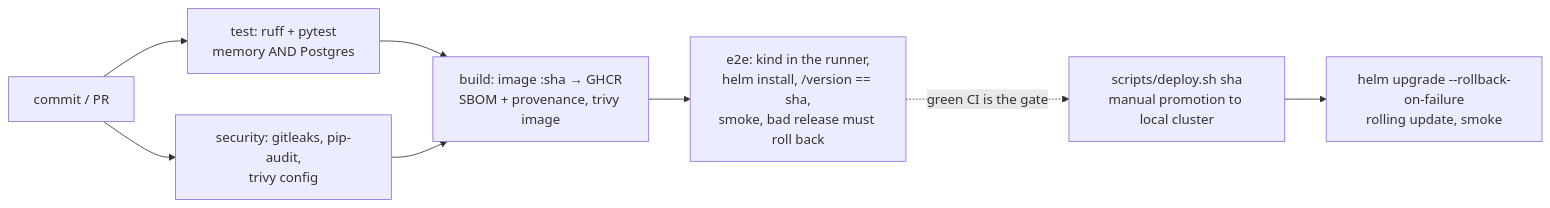
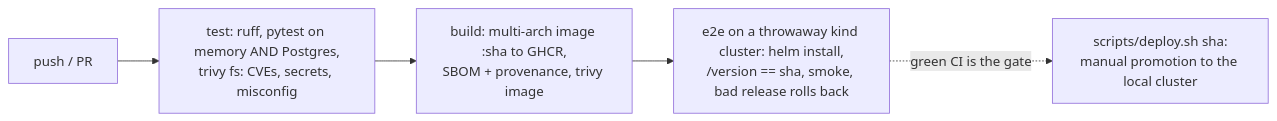
Before and after one commit to khopade-works/ev-charging-backend: the second of 2 diagrams in docs/DEVOPS.md, drawn with Mermaid. The commit also changed other lines of this file and 9 other files, not shown here.

First line of the commit message:
docs: decisions, runbook and evidence for the minimal implementation; deploy.sh lets the kubelet pull CI's public multi-arch image

````diff
--- a/docs/DEVOPS.md
+++ b/docs/DEVOPS.md
@@ -60,9 +48,7 @@
 ```mermaid
 flowchart LR
-  c[commit / PR] --> t[test: ruff + pytest<br/>memory AND Postgres]
-  c --> s[security: gitleaks, pip-audit,<br/>trivy config]
-  t & s --> b[build: image :sha → GHCR<br/>SBOM + provenance, trivy image]
-  b --> e[e2e: kind in the runner,<br/>helm install, /version == sha,<br/>smoke, bad release must roll back]
-  e -.green CI is the gate.-> d[scripts/deploy.sh sha<br/>manual promotion to local cluster]
-  d --> r[helm upgrade --rollback-on-failure<br/>rolling update, smoke]
+  c[push / PR] --> t[test: ruff, pytest on memory AND Postgres,<br/>trivy fs: CVEs, secrets, misconfig]
+  t --> b[build: multi-arch image :sha to GHCR,<br/>SBOM + provenance, trivy image]
+  b --> e[e2e on a throwaway kind cluster: helm install,<br/>/version == sha, smoke, bad release rolls back]
+  e -.green CI is the gate.-> d[scripts/deploy.sh sha:<br/>manual promotion to the local cluster]
 ```
````
